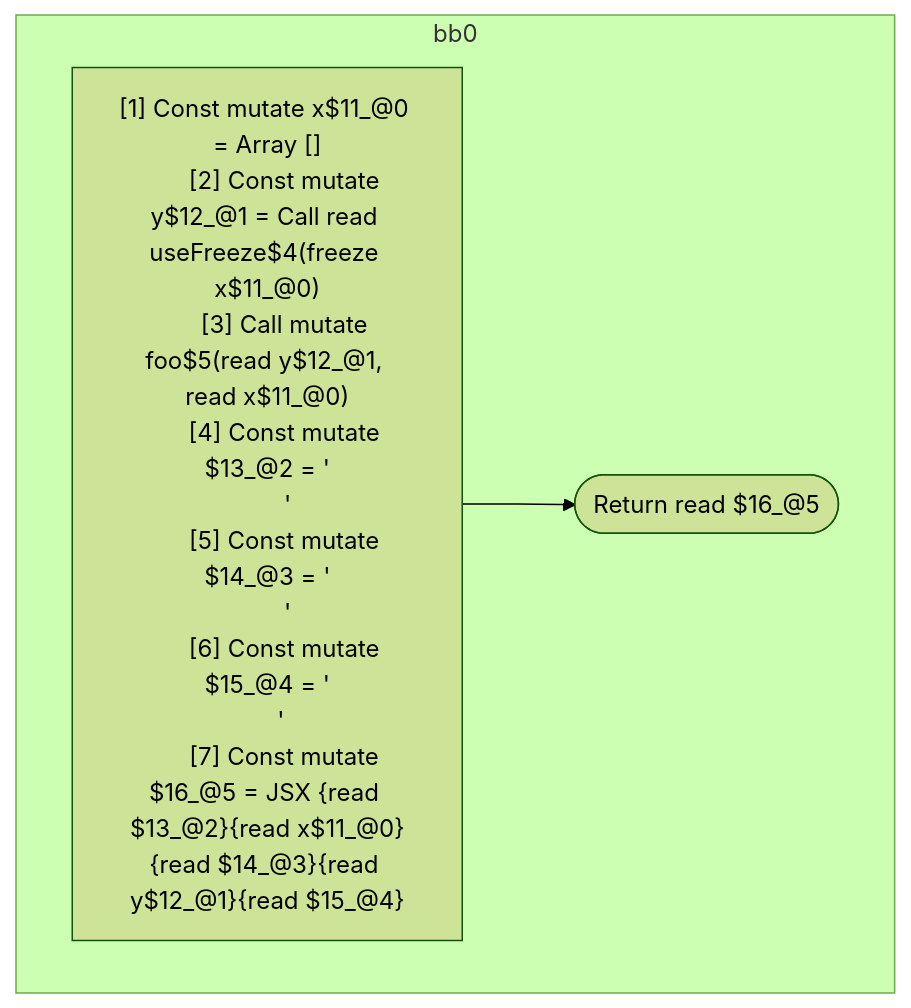
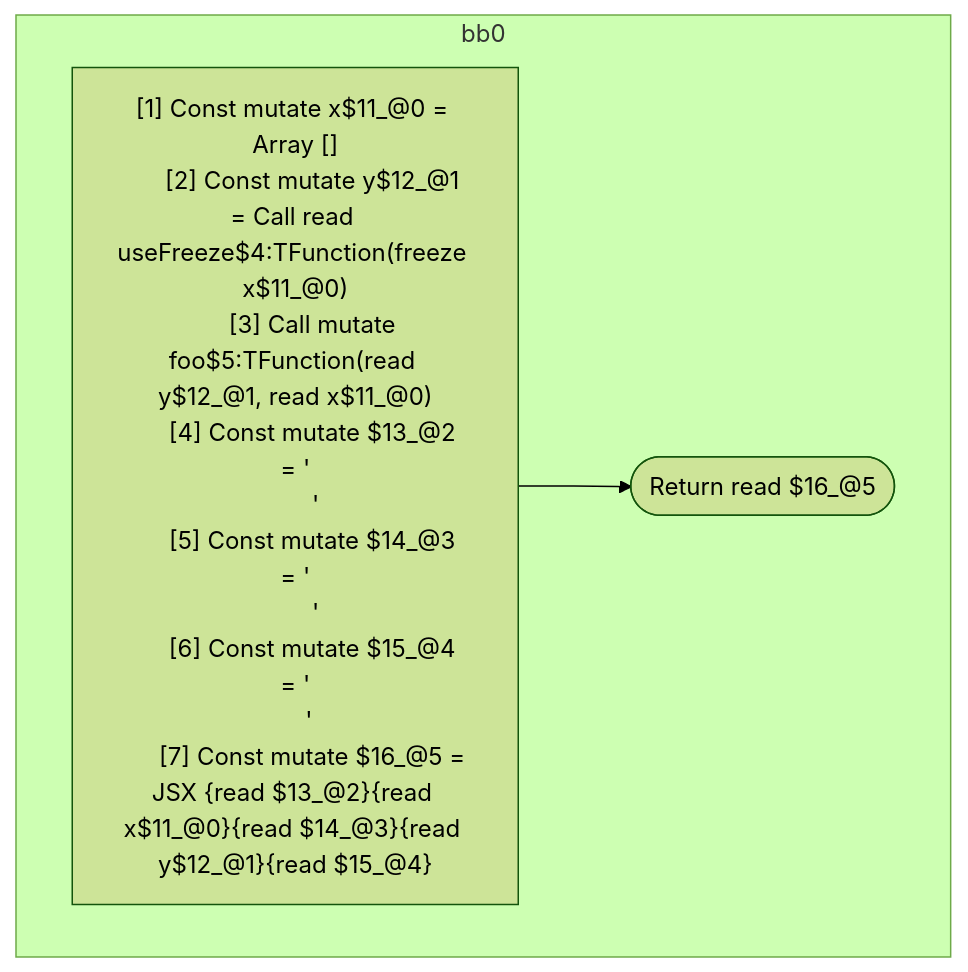
Before and after one commit to wutsmog/private: the third of 3 diagrams in compiler/forget/src/__tests__/fixtures/hir/hook-call.expect.md, drawn with Mermaid (forest theme). The commit also changed other lines of this file and 112 other files, not shown here.

````diff
--- a/compiler/forget/src/__tests__/fixtures/hir/hook-call.expect.md
+++ b/compiler/forget/src/__tests__/fixtures/hir/hook-call.expect.md
@@ -146,19 +146,19 @@
 ```mermaid
 flowchart TB
   %% Basic Blocks
   subgraph bb0
     bb0_instrs["
       [1] Const mutate x$11_@0 = Array []
-      [2] Const mutate y$12_@1 = Call read useFreeze$4(freeze x$11_@0)
-      [3] Call mutate foo$5(read y$12_@1, read x$11_@0)
+      [2] Const mutate y$12_@1 = Call read useFreeze$4:TFunction(freeze x$11_@0)
+      [3] Call mutate foo$5:TFunction(read y$12_@1, read x$11_@0)
       [4] Const mutate $13_@2 = '\n      '
       [5] Const mutate $14_@3 = '\n      '
       [6] Const mutate $15_@4 = '\n    '
       [7] Const mutate $16_@5 = JSX <read Component$0>{read $13_@2}{read x$11_@0}{read $14_@3}{read y$12_@1}{read $15_@4}</read Component$0>
     "]
     bb0_instrs --> bb0_terminal(["Return read $16_@5"])
   end
 
   %% Jumps
   %% empty
 ```
````
